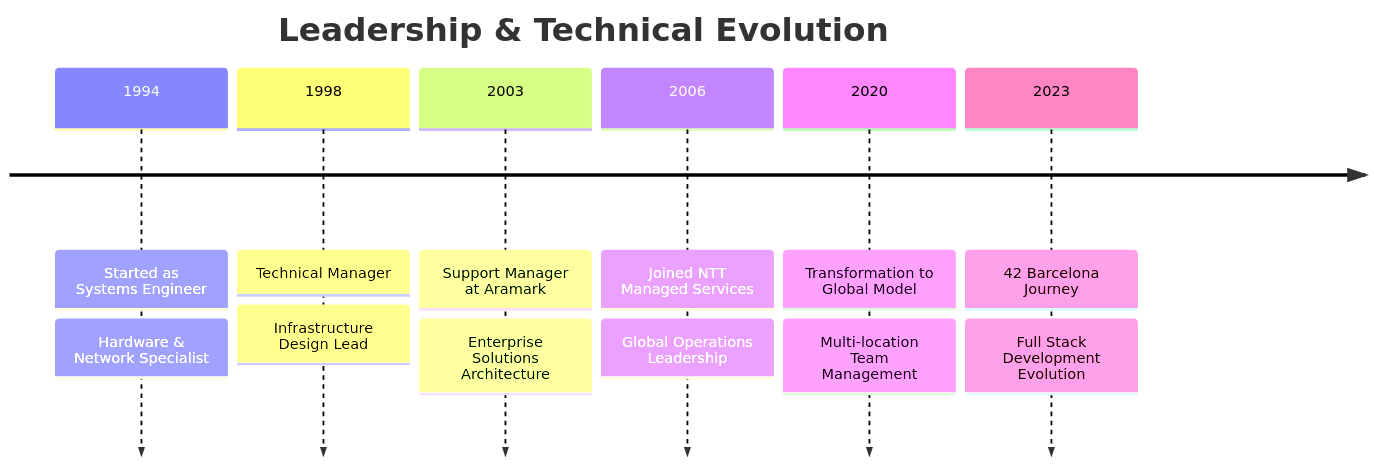
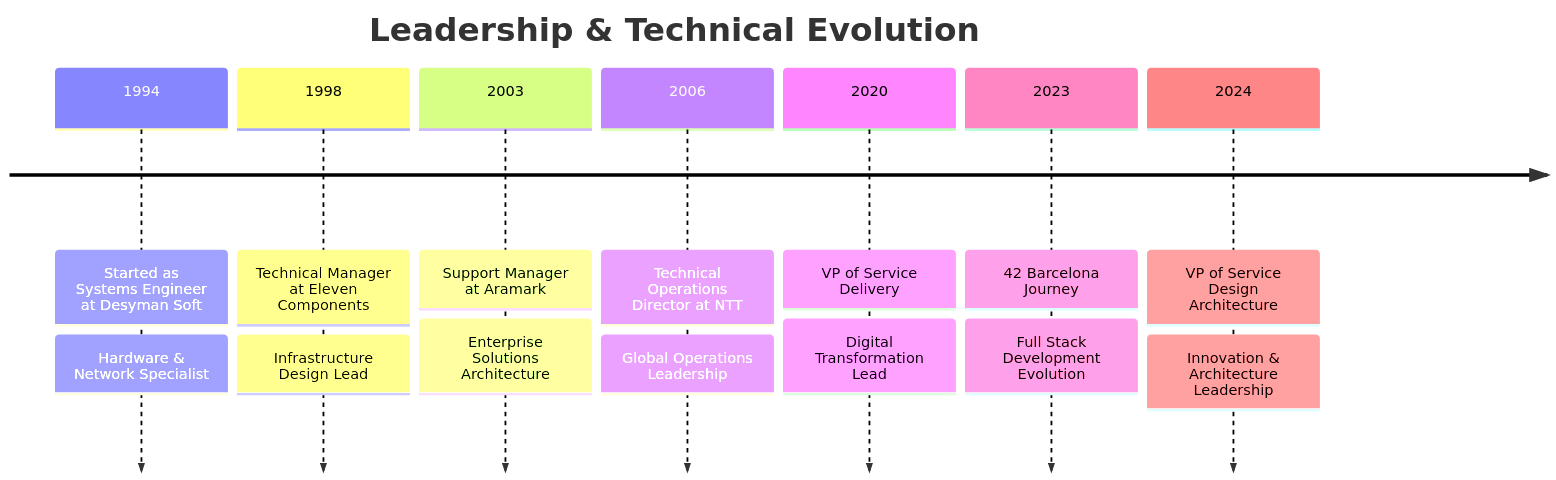
Before and after one commit to cescanue/cescanue: the first of 10 diagrams in README.md, drawn with Mermaid. The commit also changed other lines of this file, not shown here.

````diff
--- a/README.md
+++ b/README.md
@@ -11,16 +11,18 @@
 ```mermaid
 timeline
     title Leadership & Technical Evolution
-    1994 : Started as Systems Engineer
+    1994 : Started as Systems Engineer at Desyman Soft
          : Hardware & Network Specialist
-    1998 : Technical Manager
+    1998 : Technical Manager at Eleven Components
          : Infrastructure Design Lead
     2003 : Support Manager at Aramark
          : Enterprise Solutions Architecture
-    2006 : Joined NTT Managed Services
+    2006 : Technical Operations Director at NTT
          : Global Operations Leadership
-    2020 : Transformation to Global Model
-         : Multi-location Team Management
+    2020 : VP of Service Delivery
+         : Digital Transformation Lead
     2023 : 42 Barcelona Journey
          : Full Stack Development Evolution
+    2024 : VP of Service Design Architecture
+         : Innovation & Architecture Leadership
 ```
````
